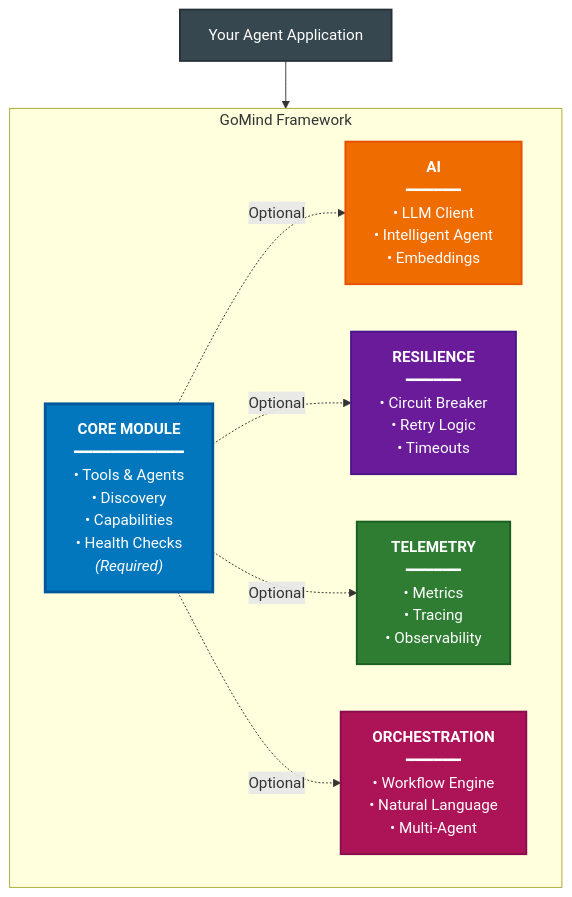
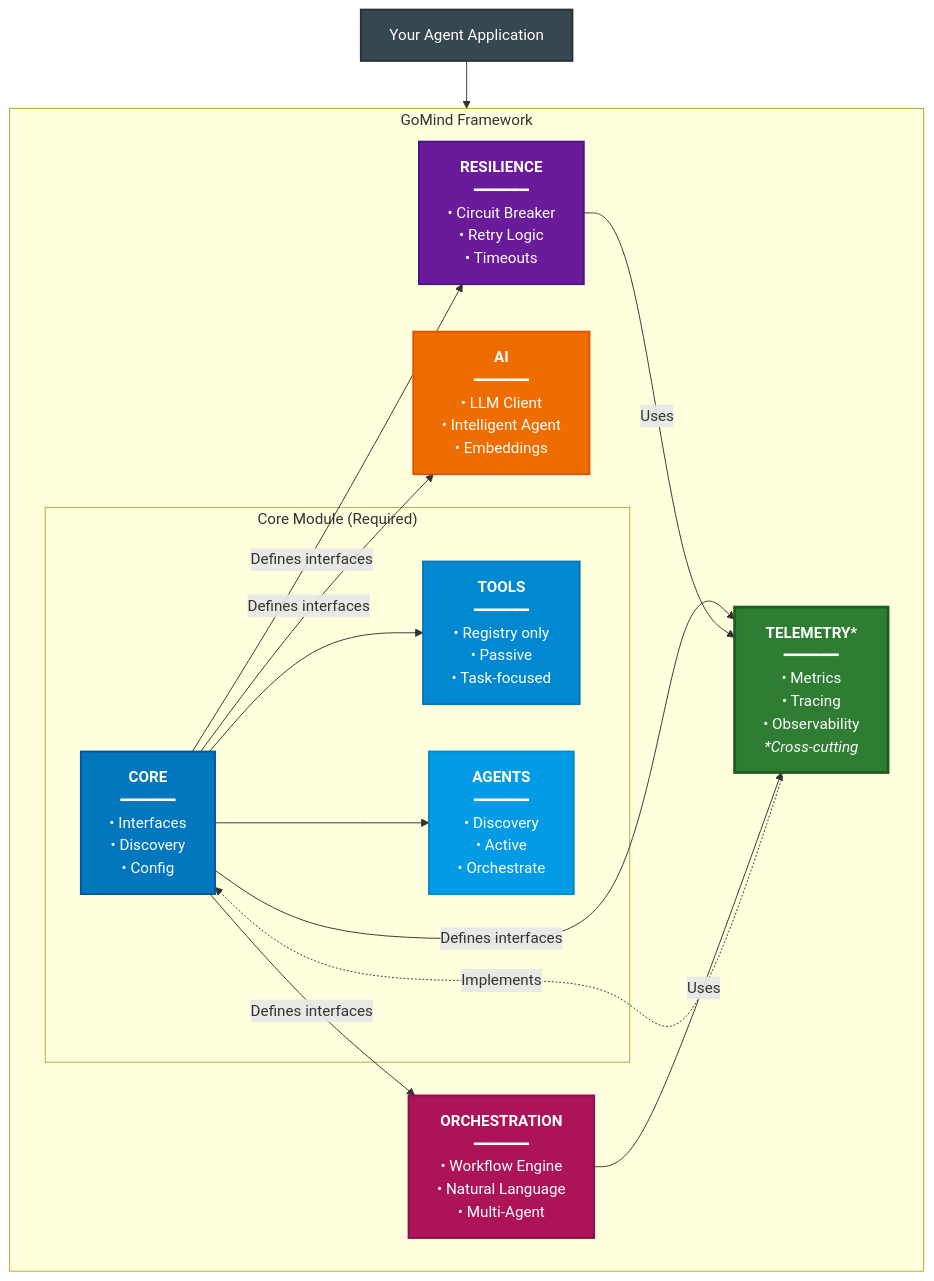
Before and after one commit to itsneelabh/gomind: the diagram in README.md, drawn with Mermaid. The commit also changed other lines of this file and 18 other files, not shown here.

````diff
--- a/README.md
+++ b/README.md
@@ -77,30 +77,43 @@
 ```mermaid
 graph TD
     App["Your Agent Application"]
     
     App --> Framework
     
     subgraph Framework["GoMind Framework"]
-        Core["<b>CORE MODULE</b><br/>━━━━━━━━━━━━<br/>• Tools & Agents<br/>• Discovery<br/>• Capabilities<br/>• Health Checks<br/><i>(Required)</i>"]
+        subgraph CoreLayer["Core Module (Required)"]
+            Core["<b>CORE</b><br/>━━━━━━<br/>• Interfaces<br/>• Discovery<br/>• Config"]
+            Tools["<b>TOOLS</b><br/>━━━━━━<br/>• Registry only<br/>• Passive<br/>• Task-focused"]
+            Agents["<b>AGENTS</b><br/>━━━━━━<br/>• Discovery<br/>• Active<br/>• Orchestrate"]
+            
+            Core --> Tools
+            Core --> Agents
+        end
         
         AI["<b>AI</b><br/>━━━━━━<br/>• LLM Client<br/>• Intelligent Agent<br/>• Embeddings"]
         
         Resilience["<b>RESILIENCE</b><br/>━━━━━━<br/>• Circuit Breaker<br/>• Retry Logic<br/>• Timeouts"]
         
-        Telemetry["<b>TELEMETRY</b><br/>━━━━━━<br/>• Metrics<br/>• Tracing<br/>• Observability"]
+        Telemetry["<b>TELEMETRY*</b><br/>━━━━━━<br/>• Metrics<br/>• Tracing<br/>• Observability<br/><i>*Cross-cutting</i>"]
         
         Orchestration["<b>ORCHESTRATION</b><br/>━━━━━━<br/>• Workflow Engine<br/>• Natural Language<br/>• Multi-Agent"]
         
-        Core -.->|Optional| AI
-        Core -.->|Optional| Resilience
-        Core -.->|Optional| Telemetry
-        Core -.->|Optional| Orchestration
+        Core -->|Defines interfaces| AI
+        Core -->|Defines interfaces| Resilience
+        Core -->|Defines interfaces| Telemetry
+        Core -->|Defines interfaces| Orchestration
+        
+        Telemetry -.->|Implements| Core
+        Resilience -->|Uses| Telemetry
+        Orchestration -->|Uses| Telemetry
     end
     
-    style Core fill:#0277bd,stroke:#01579b,stroke-width:3px,color:#fff
+    style Core fill:#0277bd,stroke:#01579b,stroke-width:2px,color:#fff
+    style Tools fill:#0288d1,stroke:#0277bd,stroke-width:2px,color:#fff
+    style Agents fill:#039be5,stroke:#0288d1,stroke-width:2px,color:#fff
     style AI fill:#ef6c00,stroke:#e65100,stroke-width:2px,color:#fff
     style Resilience fill:#6a1b9a,stroke:#4a148c,stroke-width:2px,color:#fff
-    style Telemetry fill:#2e7d32,stroke:#1b5e20,stroke-width:2px,color:#fff
+    style Telemetry fill:#2e7d32,stroke:#1b5e20,stroke-width:3px,color:#fff
     style Orchestration fill:#ad1457,stroke:#880e4f,stroke-width:2px,color:#fff
     style App fill:#37474f,stroke:#263238,stroke-width:2px,color:#fff
 ```
````
